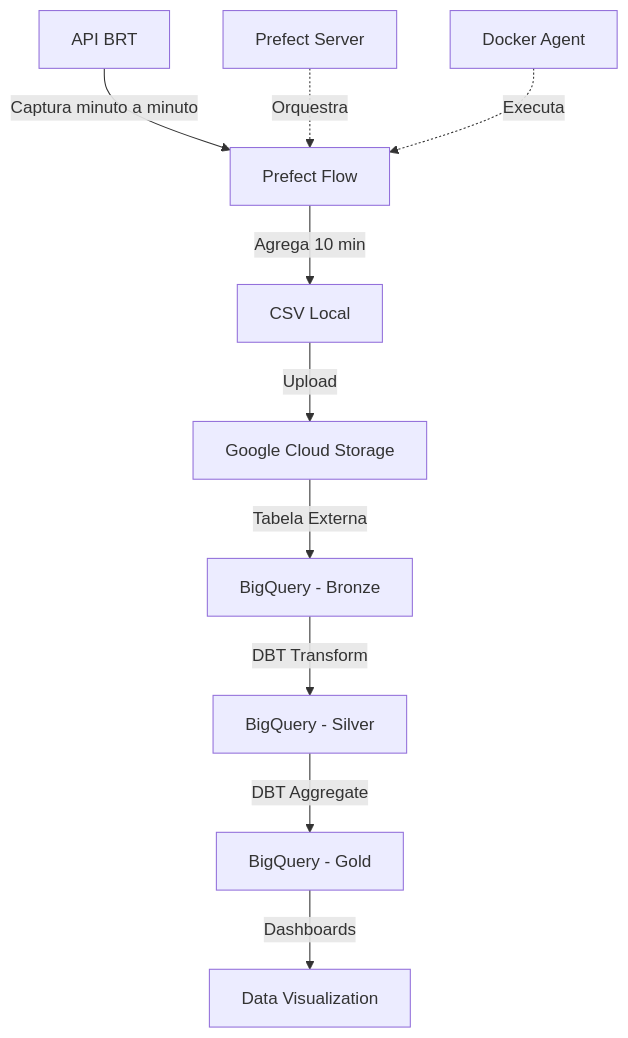
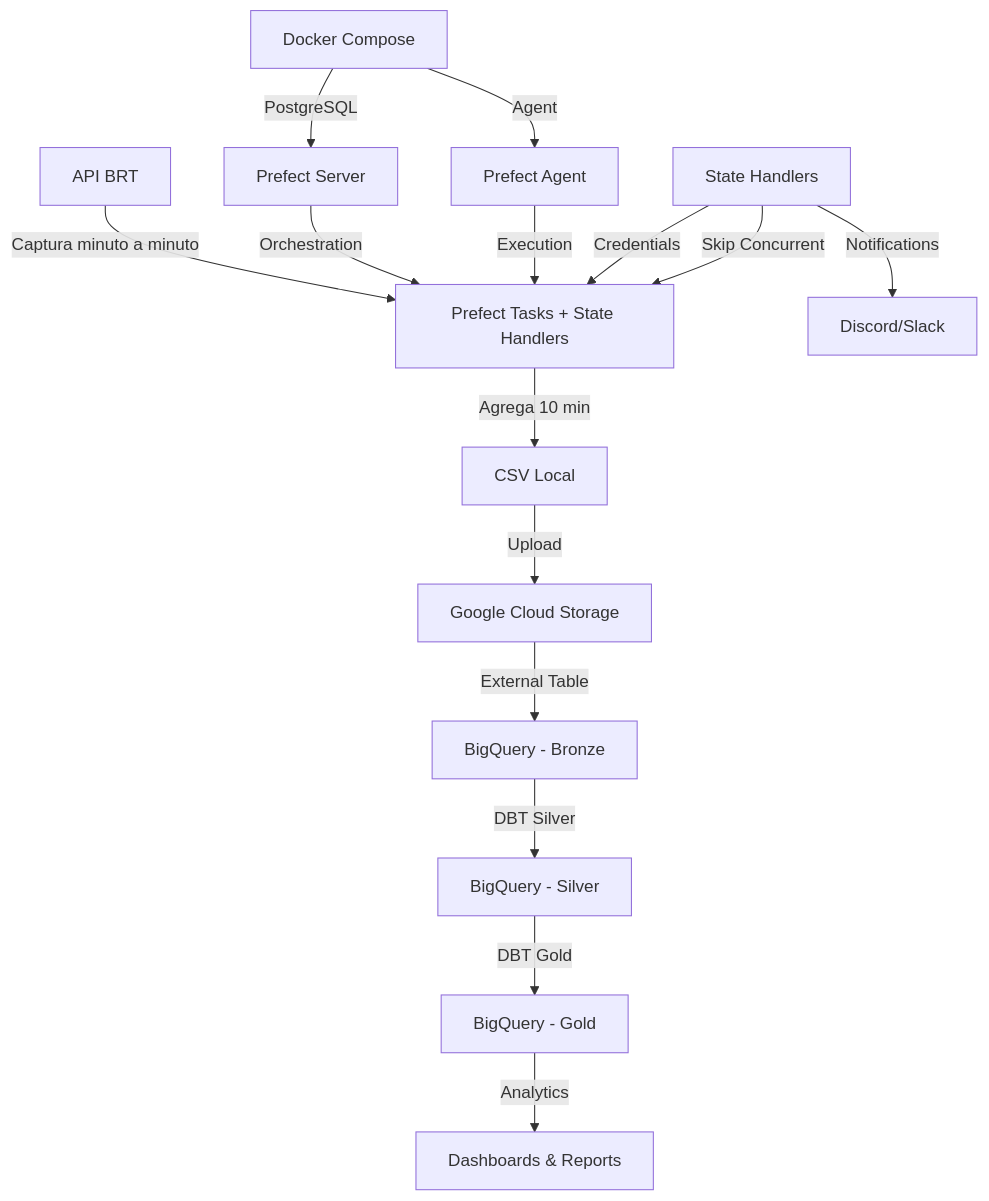
Before and after one commit to ingridasgracas/desafio-civitas-brt: the diagram in README.md, drawn with Mermaid. The commit also changed other lines of this file and 43 other files, not shown here.

````diff
--- a/README.md
+++ b/README.md
@@ -67,13 +67,19 @@
 ```mermaid
 flowchart TB
-    A[API BRT] -->|Captura minuto a minuto| B[Prefect Flow]
+    A[API BRT] -->|Captura minuto a minuto| B[Prefect Tasks + State Handlers]
     B -->|Agrega 10 min| C[CSV Local]
     C -->|Upload| D[Google Cloud Storage]
-    D -->|Tabela Externa| E[BigQuery - Bronze]
-    E -->|DBT Transform| F[BigQuery - Silver]
-    F -->|DBT Aggregate| G[BigQuery - Gold]
-    G -->|Dashboards| H[Data Visualization]
+    D -->|External Table| E[BigQuery - Bronze]
+    E -->|DBT Silver| F[BigQuery - Silver]
+    F -->|DBT Gold| G[BigQuery - Gold]
+    G -->|Analytics| H[Dashboards & Reports]
     
-    I[Prefect Server] -.->|Orquestra| B
-    J[Docker Agent] -.->|Executa| B
+    I[Docker Compose] -->|PostgreSQL| J[Prefect Server]
+    I -->|Agent| K[Prefect Agent]
+    J -->|Orchestration| B
+    K -->|Execution| B
+    
+    L[State Handlers] -->|Credentials| B
+    L -->|Skip Concurrent| B
+    L -->|Notifications| M[Discord/Slack]
 ```
````
